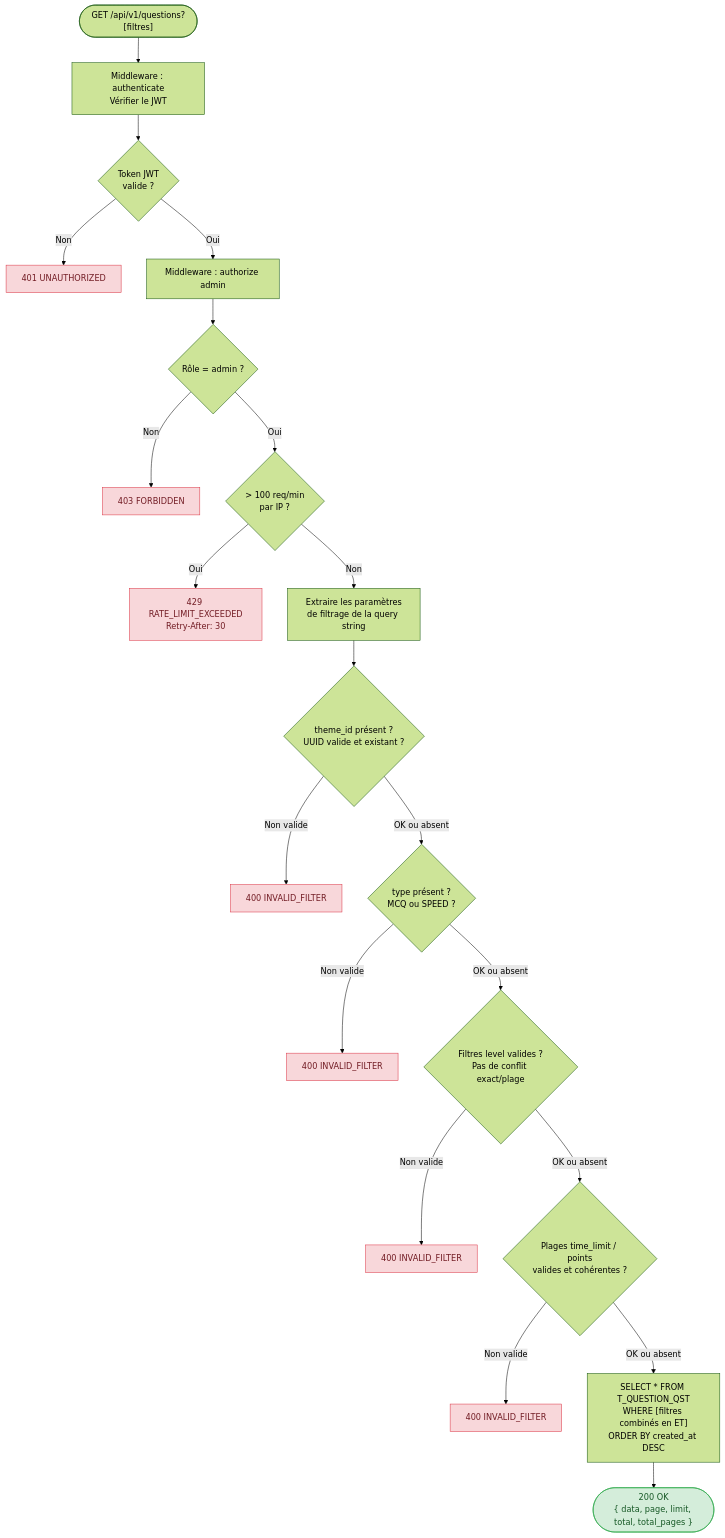
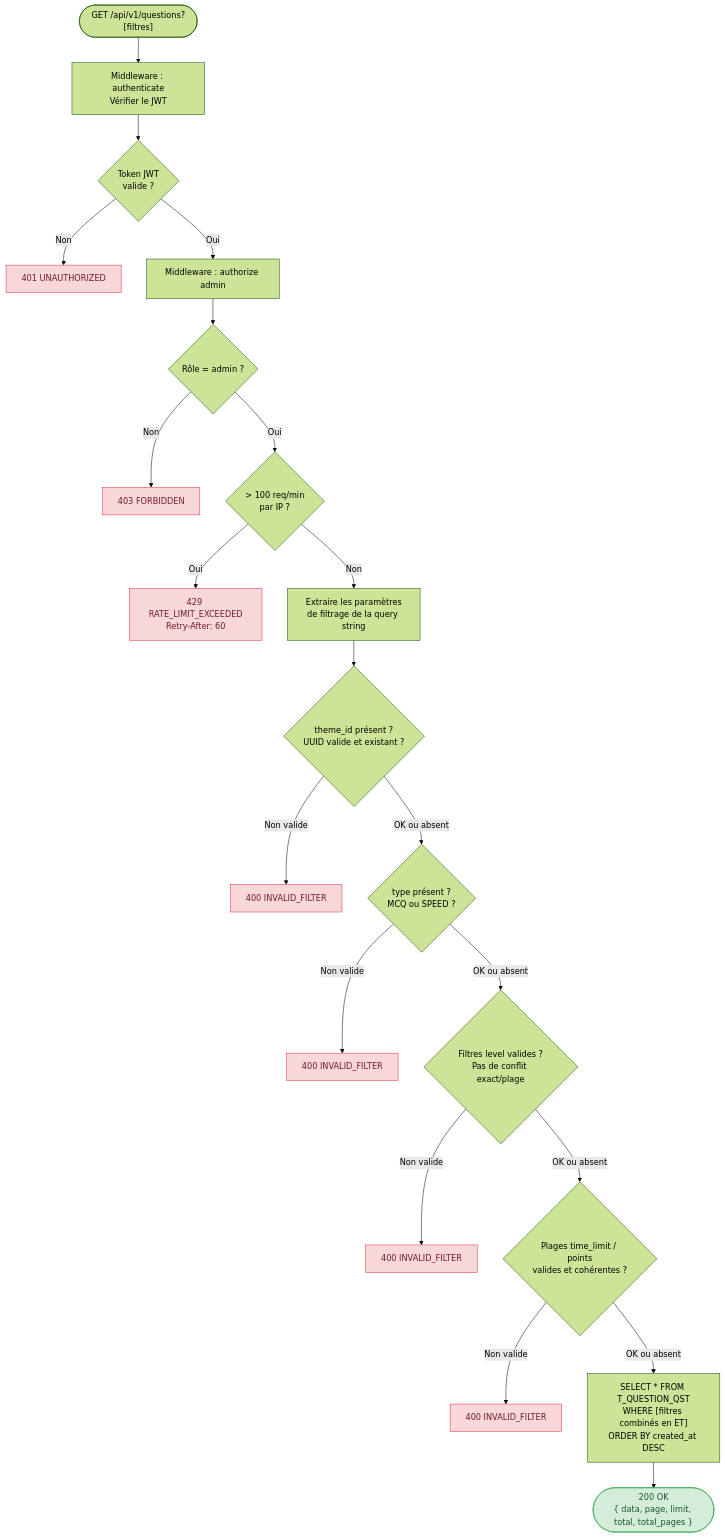
The diagram in diagrams/US-006-questions-filtrage.mmd (ODehel/quiz-buzzer-docs), drawn with Mermaid before and after one commit. The commit also changed 8 other files, not shown here.

First line of the commit message:
Fix Retry-After header inconsistency: harmonize to 60 seconds for 100 req/min

```diff
--- a/diagrams/US-006-questions-filtrage.mmd
+++ b/diagrams/US-006-questions-filtrage.mmd
@@ -1,26 +1,26 @@
 %%{init: {"theme": "forest", "flowchart": {"curve": "basis"}}}%%
 flowchart TD
     REQ(["GET /api/v1/questions?[filtres]"]) --> MW_AUTH["Middleware : authenticate\nVérifier le JWT"]
     MW_AUTH --> AUTH_OK{"Token JWT\nvalide ?"}
     AUTH_OK -->|"Non"| E401["401 UNAUTHORIZED"]
     AUTH_OK -->|"Oui"| MW_ROLE["Middleware : authorize admin"]
     MW_ROLE --> ROLE_OK{"Rôle = admin ?"}
     ROLE_OK -->|"Non"| E403["403 FORBIDDEN"]
     ROLE_OK -->|"Oui"| MW_RL{"> 100 req/min\npar IP ?"}
-    MW_RL -->|"Oui"| E429["429 RATE_LIMIT_EXCEEDED\nRetry-After: 30"]
+    MW_RL -->|"Oui"| E429["429 RATE_LIMIT_EXCEEDED\nRetry-After: 60"]
     MW_RL -->|"Non"| PARSE_FILTERS["Extraire les paramètres\nde filtrage de la query string"]
     PARSE_FILTERS --> VALID_THEME{"theme_id présent ?\nUUID valide et existant ?"}
     VALID_THEME -->|"Non valide"| E400a["400 INVALID_FILTER"]
     VALID_THEME -->|"OK ou absent"| VALID_TYPE{"type présent ?\nMCQ ou SPEED ?"}
     VALID_TYPE -->|"Non valide"| E400b["400 INVALID_FILTER"]
     VALID_TYPE -->|"OK ou absent"| VALID_LEVEL{"Filtres level valides ?\nPas de conflit exact/plage"}
     VALID_LEVEL -->|"Non valide"| E400c["400 INVALID_FILTER"]
     VALID_LEVEL -->|"OK ou absent"| VALID_RANGES{"Plages time_limit / points\nvalides et cohérentes ?"}
     VALID_RANGES -->|"Non valide"| E400d["400 INVALID_FILTER"]
     VALID_RANGES -->|"OK ou absent"| SQL["SELECT * FROM T_QUESTION_QST\nWHERE [filtres combinés en ET]\nORDER BY created_at DESC"]
     SQL --> OK(["200 OK\n{ data, page, limit, total, total_pages }"])
 
     classDef error fill:#f8d7da,stroke:#dc3545,color:#721c24
     classDef success fill:#d4edda,stroke:#28a745,color:#155724
     class E401,E403,E429,E400a,E400b,E400c,E400d error
     class OK success
```
